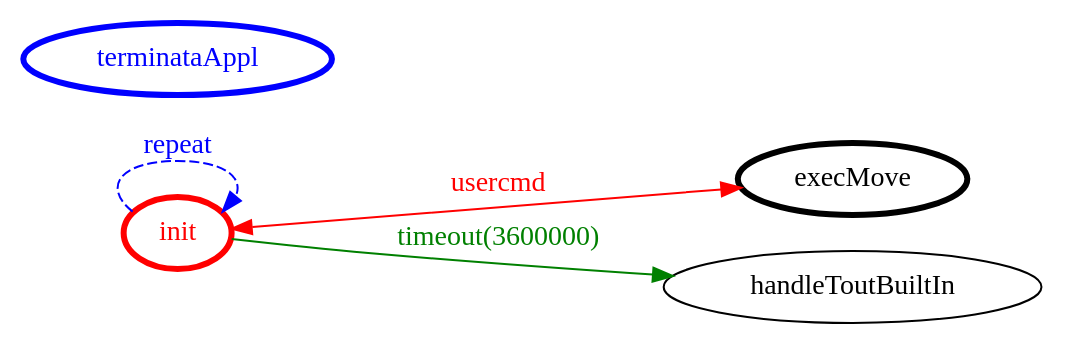
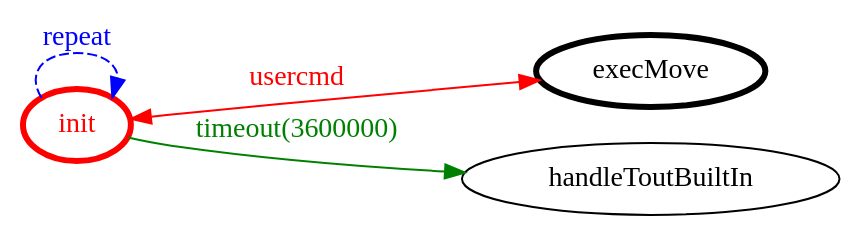
Before and after one commit to MatteoMendula/iss2018Lab: the diagram in it.unibo.mbot/srcMore/it/unibo/usercmdmanager/usercmdmanager.gv, drawn with Graphviz. The commit also changed 115 other files, not shown here.

```diff
--- a/it.unibo.mbot/srcMore/it/unibo/usercmdmanager/usercmdmanager.gv
+++ b/it.unibo.mbot/srcMore/it/unibo/usercmdmanager/usercmdmanager.gv
@@ -1,19 +1,18 @@
 /*
 *
 * A GraphViz DOT FSM description 
 * Please use a GraphViz visualizer (like http://www.webgraphviz.com)
 *  
 */
 
 digraph finite_state_machine {
 	rankdir=LR
 	size="8,5"
 	
 	init [ color = red ][ fontcolor = red ][ penwidth = 3 ]
 	execMove [ color = black ][ fontcolor = black ][ penwidth = 3 ]
-	terminataAppl [ color = blue ][ fontcolor = blue ][ penwidth = 3 ]
 	
 	init -> handleToutBuiltIn [ label = "timeout(3600000)" ][ color = green ][ fontcolor = green ]
 	init -> execMove [ label = "usercmd" ][ color = red ][ fontcolor = red ][ dir = both ]
 	init -> init [ label = "repeat "][ style = dashed ][ color = blue ][ fontcolor = blue ]
 }
```
